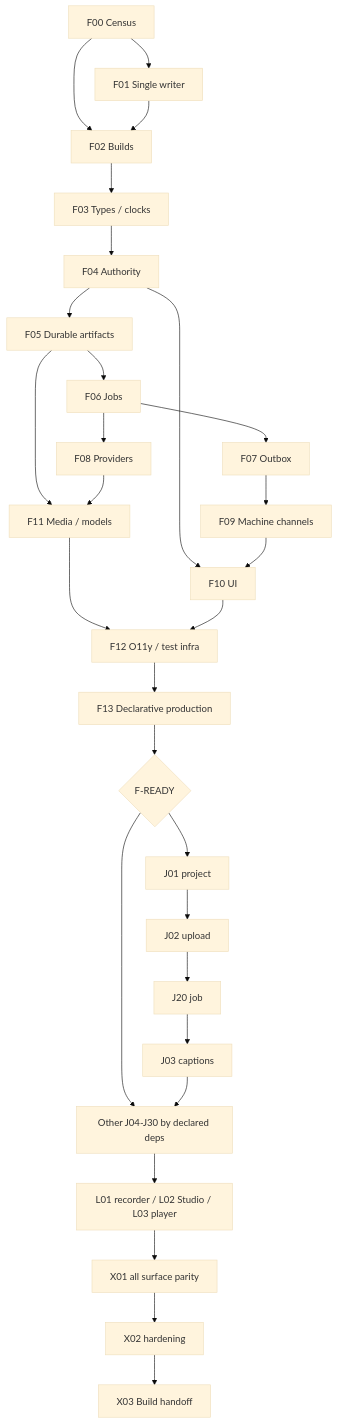
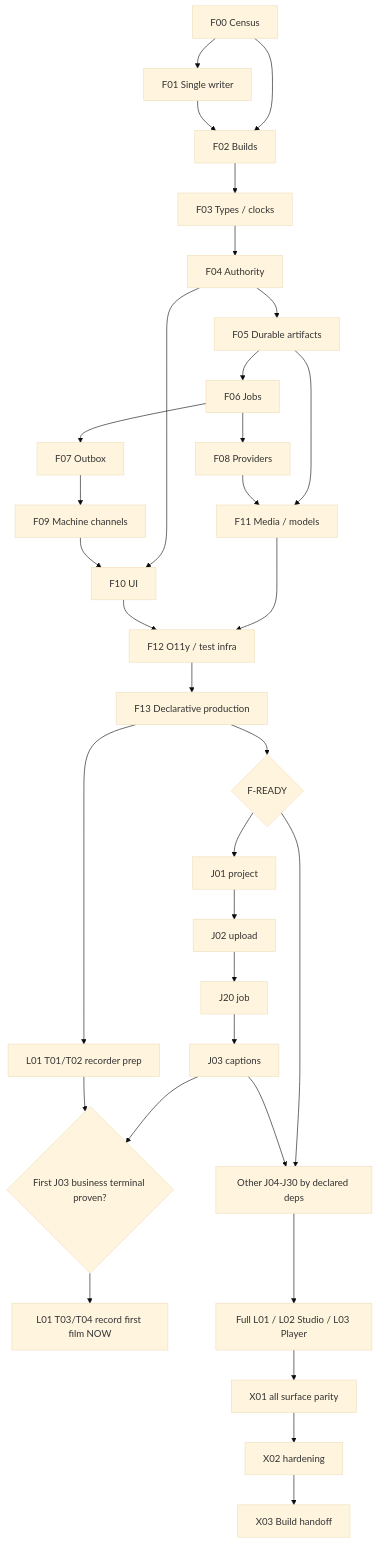
Before and after one commit to samujjwal/ghatana-media: the second of 2 diagrams in docs/implementation/MEDIA-BUILD-IMPLEMENTATION-PLAN.md, drawn with Mermaid (base theme). The commit also changed other lines of this file, not shown here.

Commit message:
Parallelize source-bound early recorder with first real Media business vertical

````diff
--- a/docs/implementation/MEDIA-BUILD-IMPLEMENTATION-PLAN.md
+++ b/docs/implementation/MEDIA-BUILD-IMPLEMENTATION-PLAN.md
@@ -916,31 +922,35 @@
 ```mermaid
 flowchart TD
  F00[F00 Census]-->F01[F01 Single writer]
  F00-->F02[F02 Builds]
  F01-->F02
  F02-->F03[F03 Types / clocks]
  F03-->F04[F04 Authority]
  F04-->F05[F05 Durable artifacts]
  F05-->F06[F06 Jobs]
  F06-->F07[F07 Outbox]
  F06-->F08[F08 Providers]
  F07-->F09[F09 Machine channels]
  F04-->F10[F10 UI]
  F09-->F10
  F05-->F11[F11 Media / models]
  F08-->F11
  F11-->F12[F12 O11y / test infra]
  F10-->F12
  F12-->F13[F13 Declarative production]
  F13-->G{F-READY}
  G-->V01[J01 project]
  V01-->V02[J02 upload]
  V02-->V20[J20 job]
  V20-->V03[J03 captions]
  G-->CORE[Other J04-J30 by declared deps]
  V03-->CORE
- CORE-->L[L01 recorder / L02 Studio / L03 player]
+ F13-->RP[L01 T01/T02 recorder prep]
+ V03-->BR{First J03 business terminal proven?}
+ RP-->BR
+ BR-->RF[L01 T03/T04 record first film NOW]
+ CORE-->L[Full L01 / L02 Studio / L03 Player]
  L-->X01[X01 all surface parity]
  X01-->X02[X02 hardening]
  X02-->X03[X03 Build handoff]
 ```
````
